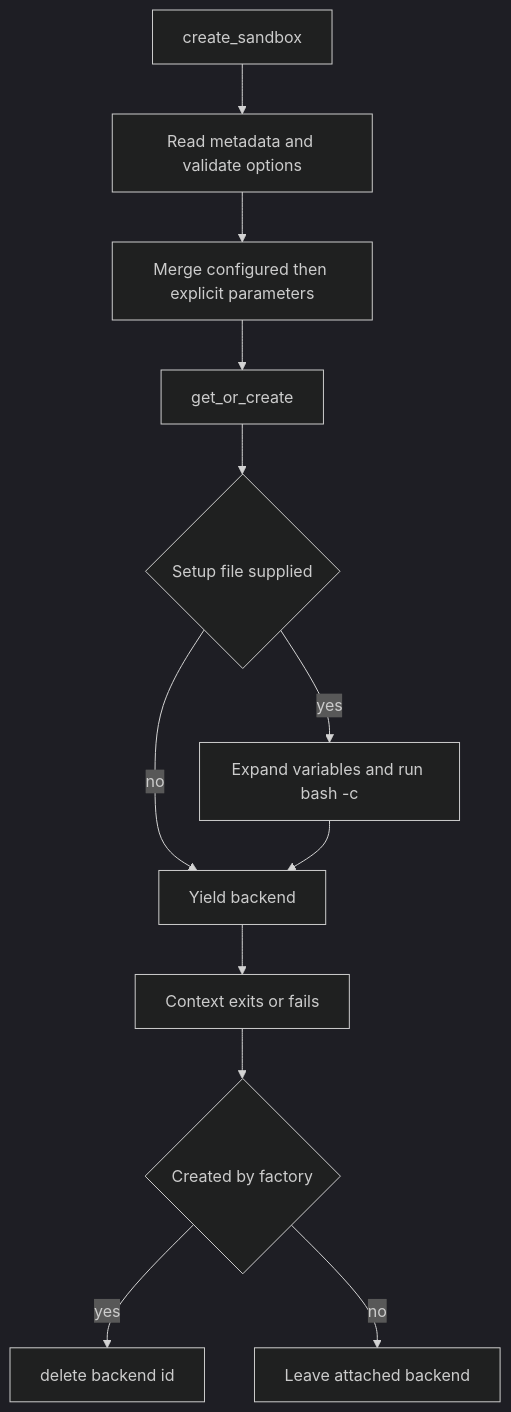
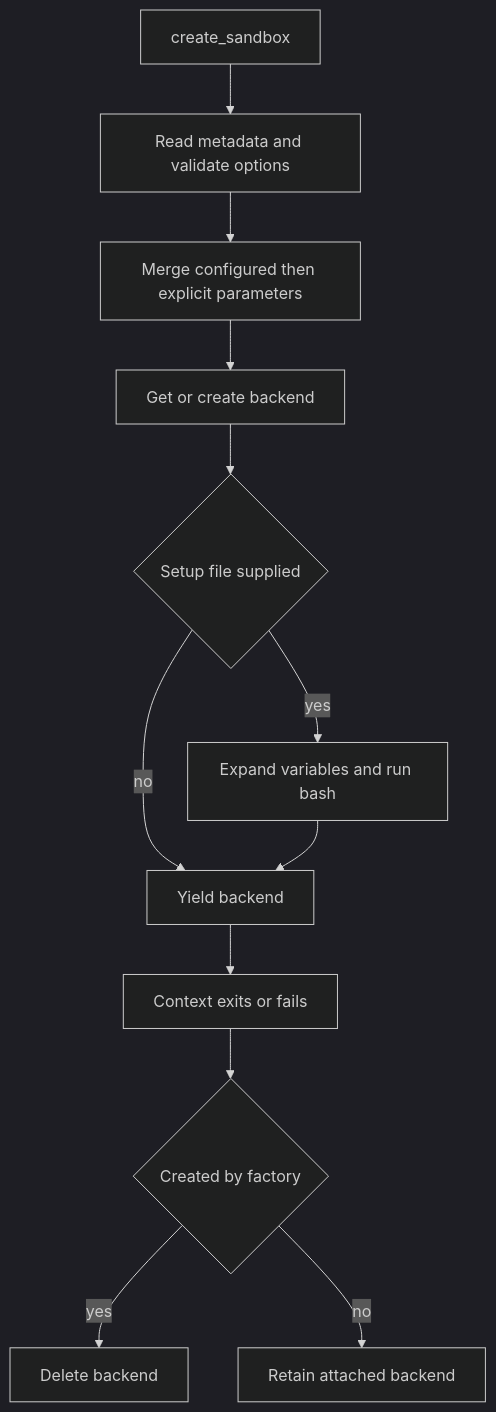
The second of 3 diagrams in openwiki/integrations/sandbox-partners.md (langchain-ai/deepagents), drawn with Mermaid (dark theme) before and after one commit. The commit also changed other lines of this file and 29 other files, not shown here.

````diff
--- a/openwiki/integrations/sandbox-partners.md
+++ b/openwiki/integrations/sandbox-partners.md
@@ -105,14 +92,14 @@
 ```mermaid
 flowchart TD
     Start["create_sandbox"] --> Validate["Read metadata and validate options"]
     Validate --> Merge["Merge configured then explicit parameters"]
-    Merge --> Acquire["get_or_create"]
+    Merge --> Acquire["Get or create backend"]
     Acquire --> Setup{"Setup file supplied"}
-    Setup -->|yes| Run["Expand variables and run bash -c"]
+    Setup -->|yes| Run["Expand variables and run bash"]
     Setup -->|no| Yield["Yield backend"]
     Run --> Yield
     Yield --> Exit["Context exits or fails"]
     Exit --> Owned{"Created by factory"}
-    Owned -->|yes| Delete["delete backend id"]
-    Owned -->|no| Retain["Leave attached backend"]
+    Owned -->|yes| Delete["Delete backend"]
+    Owned -->|no| Retain["Retain attached backend"]
 ```
````
